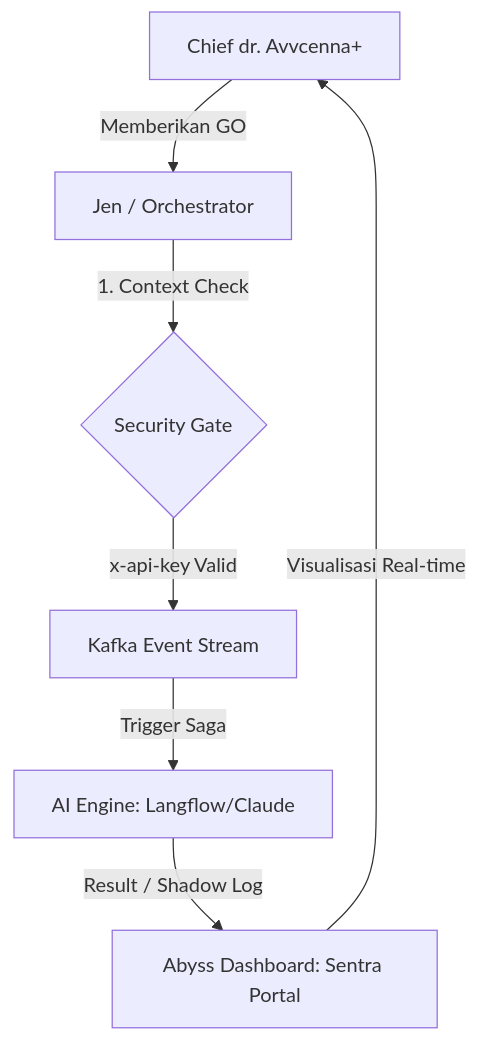
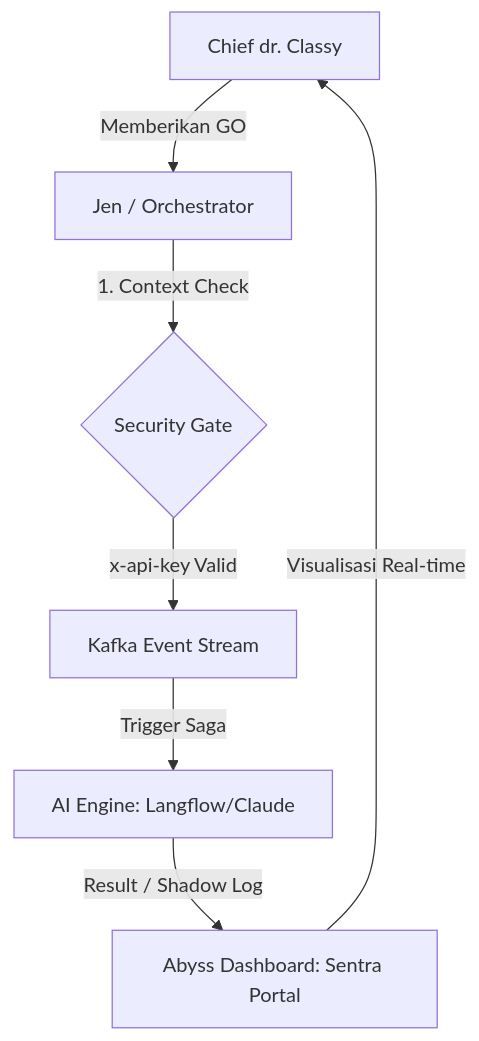
One commit to drclassy/monorepo-abyss changed the diagram in conductor/ORCHESTRATOR.md. Above: the diagram before and after it, drawn with Mermaid. The commit also changed other lines of this file and 56 other files, not shown here.

First line of the commit message:
chore(rebrand): rename Avvcenna to Classy

````diff
--- a/conductor/ORCHESTRATOR.md
+++ b/conductor/ORCHESTRATOR.md
@@ -7,9 +7,9 @@
 ```mermaid
 graph TD
-    A[Chief dr. Avvcenna+] -- "Memberikan GO" --> B[Jen / Orchestrator]
+    A[Chief dr. Classy] -- "Memberikan GO" --> B[Jen / Orchestrator]
     B -- "1. Context Check" --> C{Security Gate}
     C -- "x-api-key Valid" --> D[Kafka Event Stream]
     D -- "Trigger Saga" --> E[AI Engine: Langflow/Claude]
     E -- "Result / Shadow Log" --> F[Abyss Dashboard: Sentra Portal]
     F -- "Visualisasi Real-time" --> A
 ```
````
